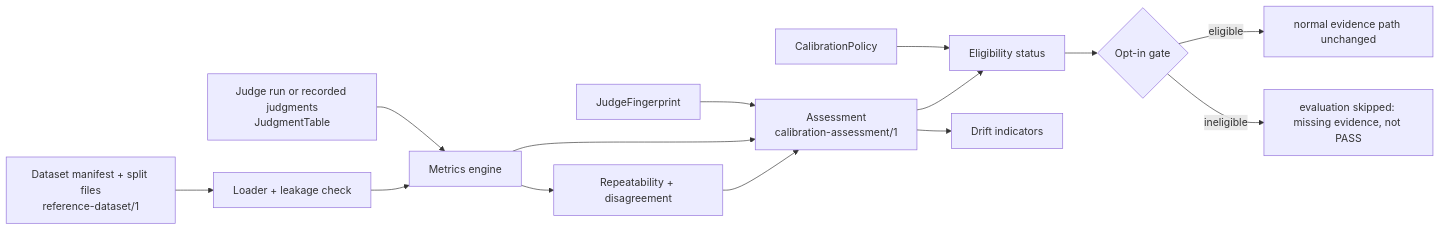
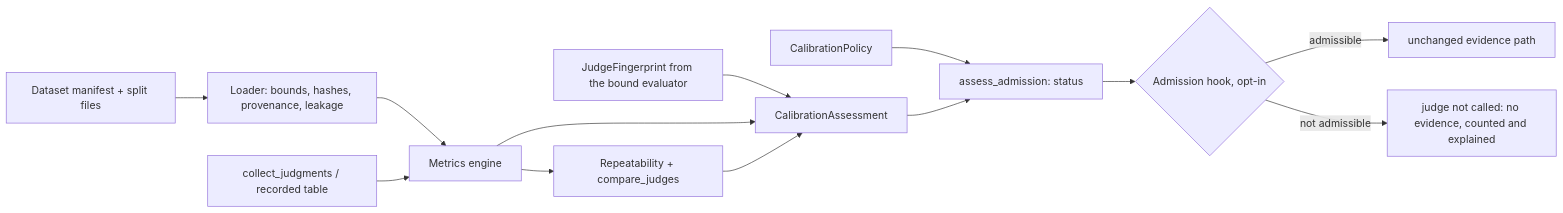
The diagram in docs/p29-calibration/ARCHITECTURE.md (kamleshd07/agent-reliability), drawn with Mermaid before and after one commit. The commit also changed other lines of this file and 2 other files, not shown here.

Commit message:
docs: P29 calibration architecture v2 after independent review; platform proposal

````diff
--- a/docs/p29-calibration/ARCHITECTURE.md
+++ b/docs/p29-calibration/ARCHITECTURE.md
@@ -24,16 +28,15 @@
 ```mermaid
 flowchart LR
-  D[Dataset manifest + split files\nreference-dataset/1] --> L[Loader + leakage check]
-  J[Judge run or recorded judgments\nJudgmentTable] --> M[Metrics engine]
-  L --> M
-  M --> R[Repeatability + disagreement]
-  F[JudgeFingerprint] --> A[Assessment\ncalibration-assessment/1]
+  D[Dataset manifest + split files] --> L[Loader: bounds, hashes, provenance, leakage]
+  L --> M[Metrics engine]
+  C[collect_judgments / recorded table] --> M
+  M --> R[Repeatability + compare_judges]
+  F[JudgeFingerprint from the bound evaluator] --> A[CalibrationAssessment]
   M --> A
   R --> A
-  P[CalibrationPolicy] --> E[Eligibility status]
-  A --> E
-  E --> G{Opt-in gate}
-  G -- eligible --> S[normal evidence path unchanged]
-  G -- ineligible --> K[evaluation skipped: missing evidence, not PASS]
-  A --> X[Drift indicators]
+  P[CalibrationPolicy] --> S[assess_admission: status]
+  A --> S
+  S --> G{Admission hook, opt-in}
+  G -- admissible --> N[unchanged evidence path]
+  G -- not admissible --> K[judge not called: no evidence, counted and explained]
 ```
````
